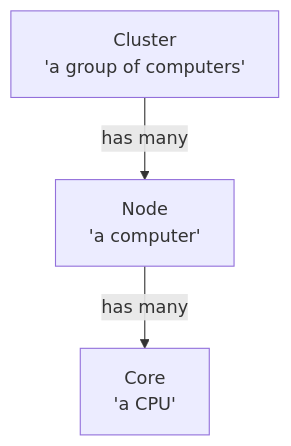
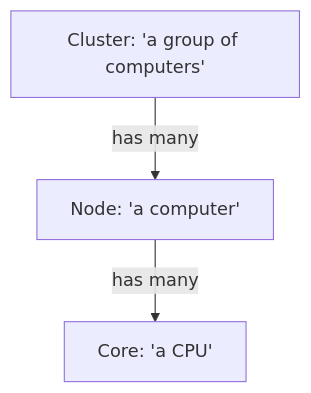
One commit to UPPMAX/uppmax_intro_day_1 changed the first of 2 diagrams in docs/sessions/clusters.md. Above: the diagram before and after it, drawn with Mermaid. The commit also changed 5 other files, not shown here.

````diff
--- a/docs/sessions/clusters.md
+++ b/docs/sessions/clusters.md
@@ -61,9 +61,9 @@
 ```mermaid
 flowchart TD
-  cluster[Cluster\n'a group of computers']
-  node[Node\n'a computer']
-  core[Core\n'a CPU']
+  cluster[Cluster: 'a group of computers']
+  node[Node: 'a computer']
+  core[Core: 'a CPU']
 
   cluster --> |has many| node
   node --> |has many| core
 ```
````
